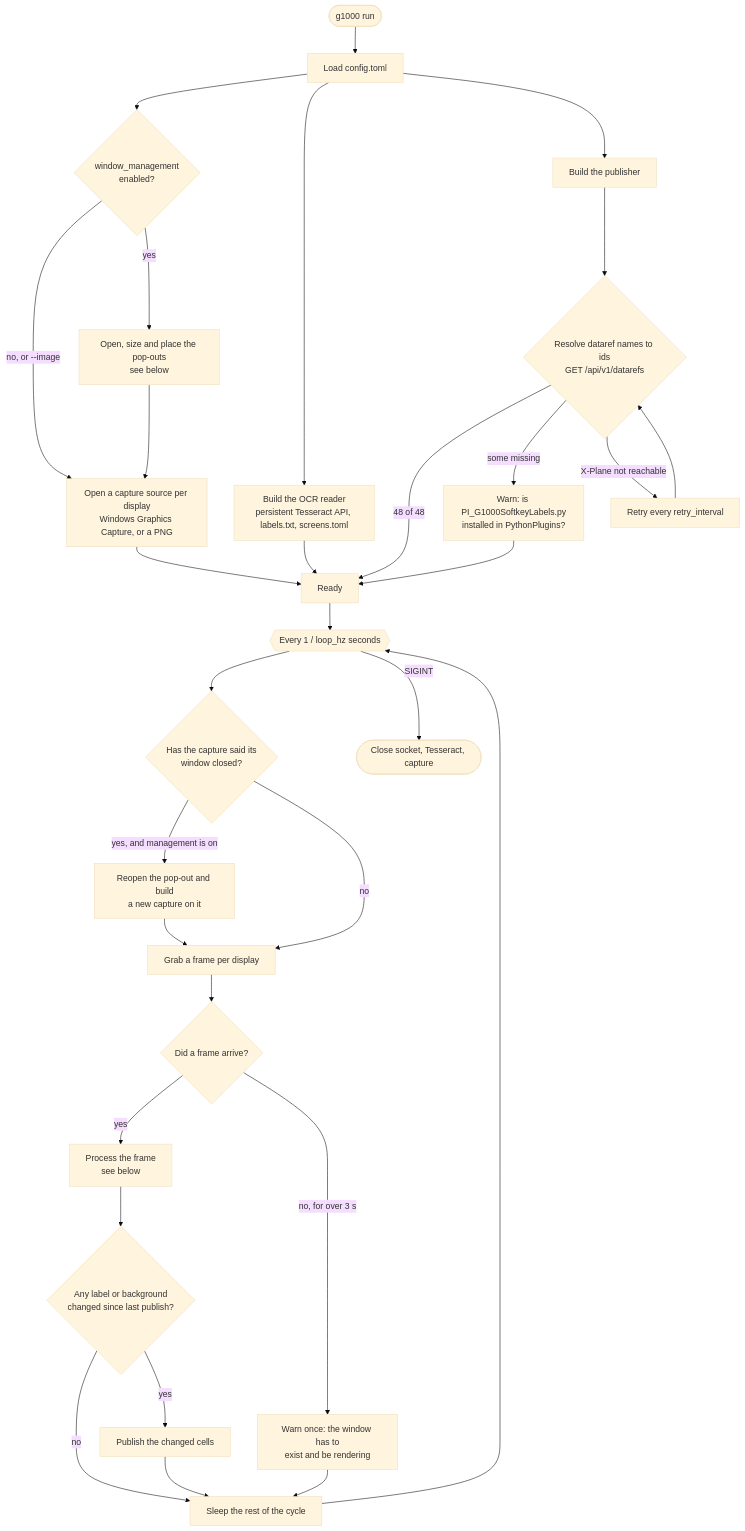
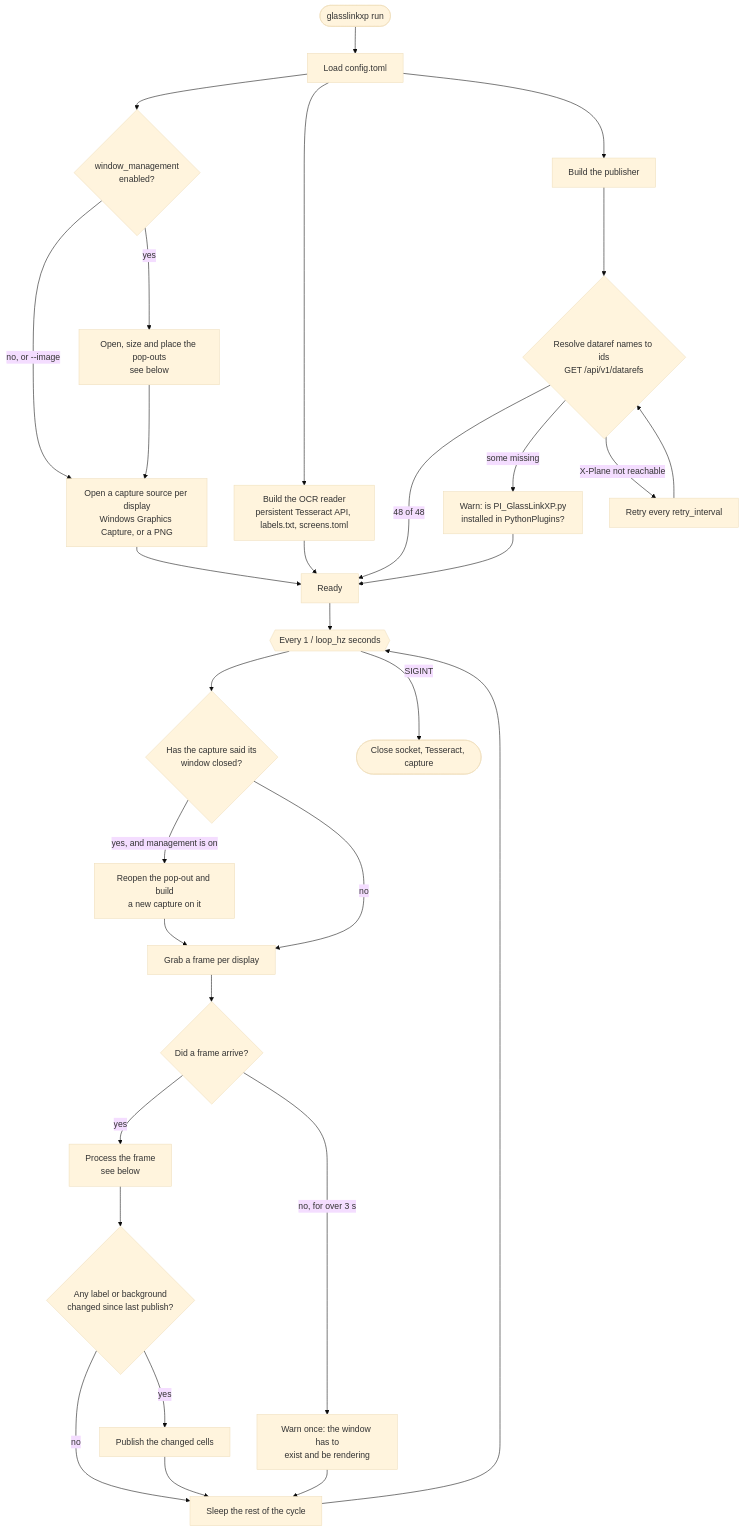
The first of 4 diagrams in docs/PIPELINE.md (rstalets/GlassLinkXP), drawn with Mermaid (base theme) before and after one commit. The commit also changed other lines of this file and 103 other files, not shown here.

First line of the commit message:
Rename project to GlassLinkXP and reorganize distribution (#9)

````diff
--- a/docs/PIPELINE.md
+++ b/docs/PIPELINE.md
@@ -11,38 +11,38 @@
 ```mermaid
 flowchart TD
-    START([g1000 run]) --> CFG[Load config.toml]
+    START([glasslinkxp run]) --> CFG[Load config.toml]
     CFG --> WM{"window_management<br/>enabled?"}
     WM -->|"no, or --image"| SRC
     WM -->|yes| MANAGE["Open, size and place the pop-outs<br/>see below"]
     MANAGE --> SRC
     SRC["Open a capture source per display<br/>Windows Graphics Capture, or a PNG"]
     CFG --> RDR["Build the OCR reader<br/>persistent Tesseract API, labels.txt, screens.toml"]
     CFG --> PUB[Build the publisher]
 
     PUB --> RESOLVE{"Resolve dataref names to ids<br/>GET /api/v1/datarefs"}
     RESOLVE -->|48 of 48| READY[Ready]
-    RESOLVE -->|some missing| WARN["Warn: is PI_G1000SoftkeyLabels.py<br/>installed in PythonPlugins?"]
+    RESOLVE -->|some missing| WARN["Warn: is PI_GlassLinkXP.py<br/>installed in PythonPlugins?"]
     WARN --> READY
     RESOLVE -->|X-Plane not reachable| RETRY["Retry every retry_interval"]
     RETRY --> RESOLVE
 
     SRC --> READY
     RDR --> READY
 
     READY --> LOOP{{"Every 1 / loop_hz seconds"}}
     LOOP --> LOST{"Has the capture said its<br/>window closed?"}
     LOST -->|"yes, and management is on"| REOPEN["Reopen the pop-out and build<br/>a new capture on it"]
     LOST -->|no| GRAB
     REOPEN --> GRAB[Grab a frame per display]
     GRAB --> GOT{"Did a frame arrive?"}
     GOT -->|yes| PROC["Process the frame<br/>see below"]
     GOT -->|"no, for over 3 s"| STARVED["Warn once: the window has to<br/>exist and be rendering"]
     STARVED --> SLEEP
     PROC --> DIFF{"Any label or background<br/>changed since last publish?"}
     DIFF -->|no| SLEEP
     DIFF -->|yes| SEND["Publish the changed cells"]
     SEND --> SLEEP[Sleep the rest of the cycle]
     SLEEP --> LOOP
 
     LOOP -->|SIGINT| STOP([Close socket, Tesseract, capture])
 ```
````
